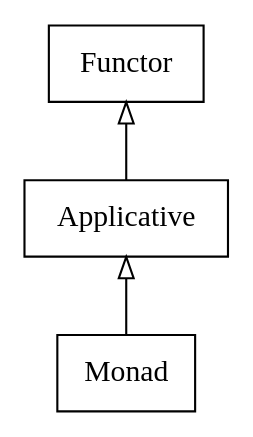
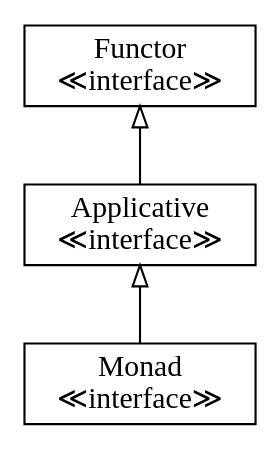
One commit to tmciver/functional-php changed the diagram in docs/img/dot/typeclasses.dot. Above: the diagram before and after it, drawn with Graphviz.

Commit message:
Add labels to typeclasses to indicate that they're implemented as interfaces.

```diff
--- a/docs/img/dot/typeclasses.dot
+++ b/docs/img/dot/typeclasses.dot
@@ -1,12 +1,24 @@
 digraph Typeclasses {
         node [
              shape = "record"
         ]
 
         edge [
              arrowtail = "empty"
         ]
 
+        Functor [
+             label = "Functor\n&#x226a;interface&#x226b;"
+        ]
+
+        Applicative [
+             label = "Applicative\n&#x226a;interface&#x226b;"
+        ]
+
+        Monad [
+             label = "Monad\n&#x226a;interface&#x226b;"
+        ]
+
         Functor -> Applicative [dir = back]
         Applicative -> Monad [dir = back]
 }
```
